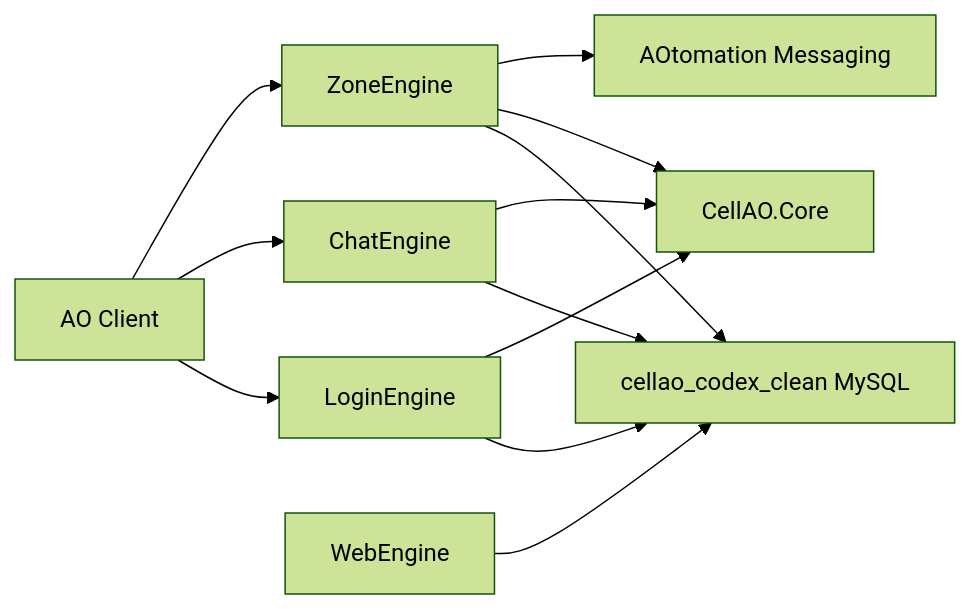
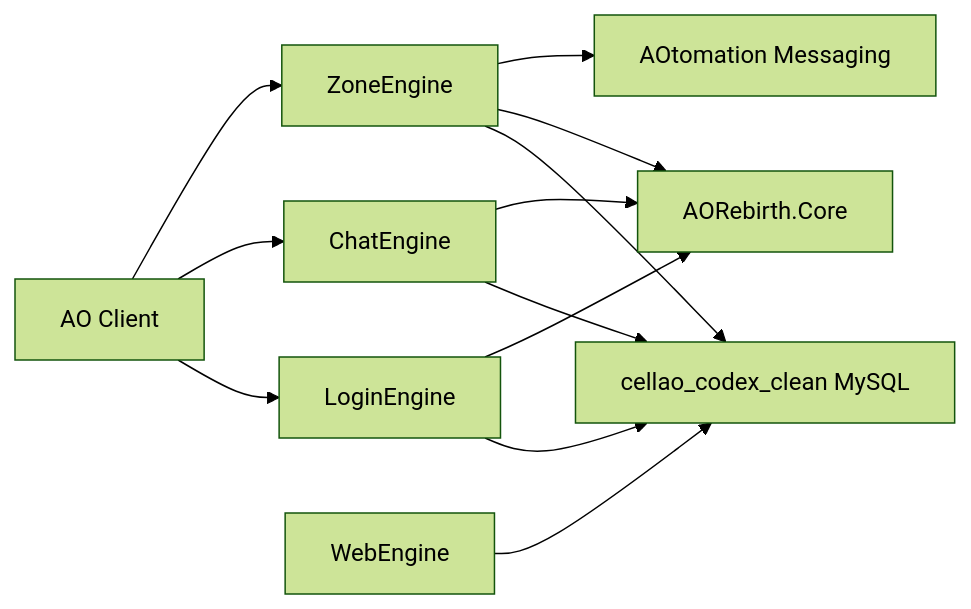
One commit to subarumike/AORebirth changed the first of 4 diagrams in docs/project/ARCHITECTURE.md. Above: the diagram before and after it, drawn with Mermaid (forest theme). The commit also changed other lines of this file and 2006 other files, not shown here.

````diff
--- a/docs/project/ARCHITECTURE.md
+++ b/docs/project/ARCHITECTURE.md
@@ -9,14 +9,14 @@
 ```mermaid
 flowchart LR
     Client["AO Client"] --> Login["LoginEngine"]
     Client --> Chat["ChatEngine"]
     Client --> Zone["ZoneEngine"]
     Web["WebEngine"] --> DB["cellao_codex_clean MySQL"]
     Login --> DB
     Chat --> DB
     Zone --> DB
-    Zone --> Core["CellAO.Core"]
+    Zone --> Core["AORebirth.Core"]
     Zone --> Msg["AOtomation Messaging"]
     Login --> Core
     Chat --> Core
 ```
````
